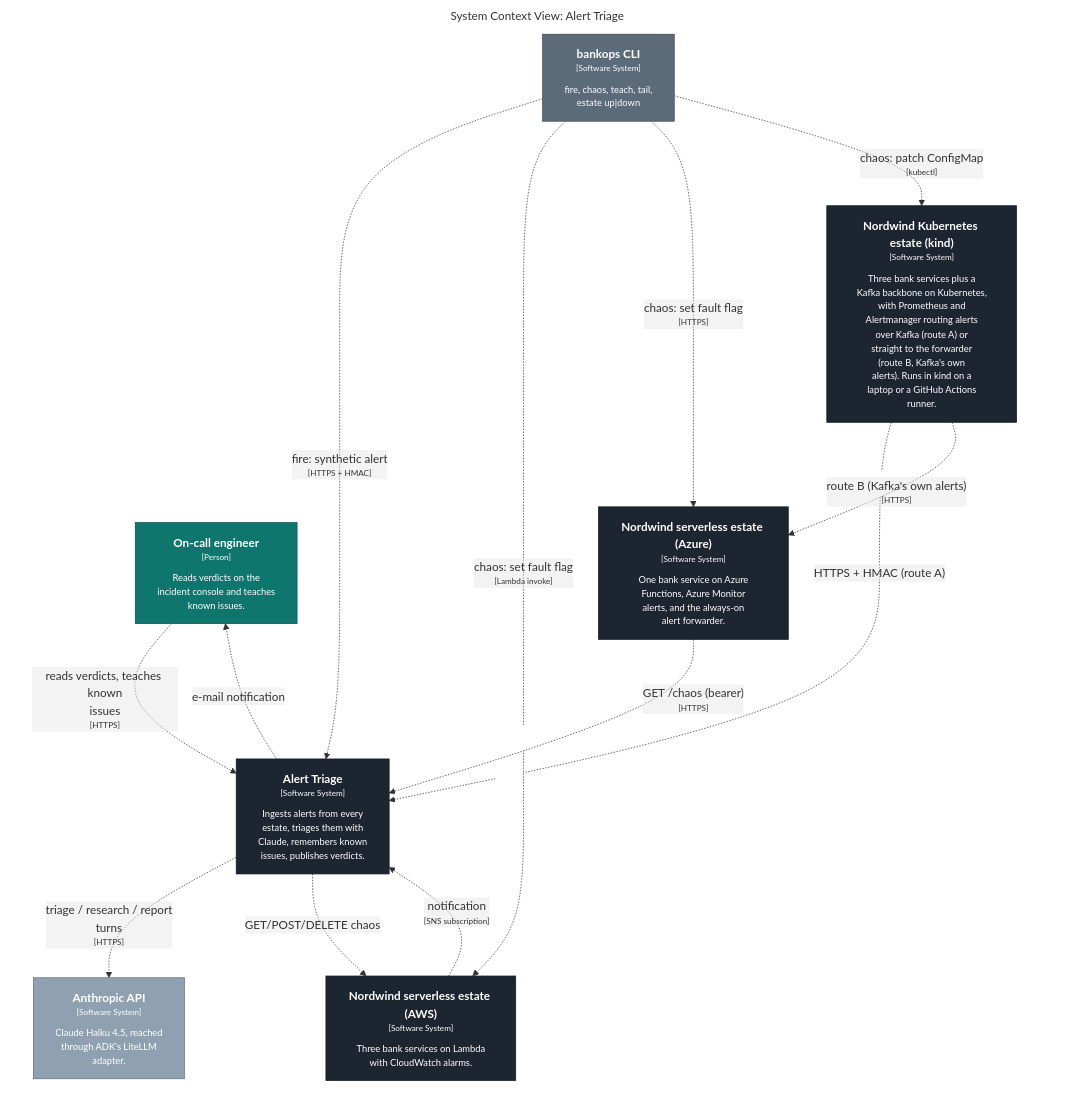
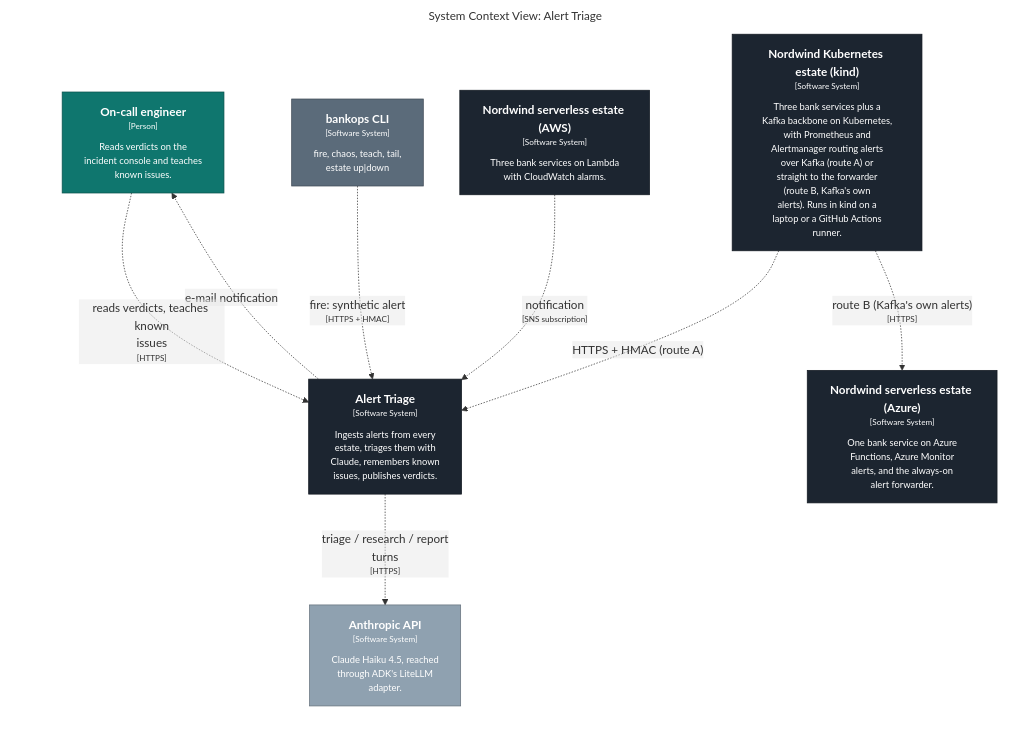
One commit to KucherenkoSerhiy/oncall-triage changed the first of 10 diagrams in docs/c4/generated/README.md. Above: the diagram before and after it, drawn with Mermaid. The commit also changed other lines of this file and 3 other files, not shown here.

````diff
--- a/docs/c4/generated/README.md
+++ b/docs/c4/generated/README.md
@@ -7,37 +9,32 @@
 ```mermaid
 graph LR
   linkStyle default fill:#ffffff
 
   subgraph diagram ["System Context View: Alert Triage"]
     style diagram fill:#ffffff,stroke:#ffffff
 
     1["<div style='font-weight: bold'>On-call engineer</div><div style='font-size: 70%; margin-top: 0px'>[Person]</div><div style='font-size: 80%; margin-top:10px'>Reads verdicts on the<br />incident console and teaches<br />known issues.</div>"]
     style 1 fill:#0f766e,stroke:#0a524d,color:#ffffff
     25["<div style='font-weight: bold'>Nordwind serverless estate (AWS)</div><div style='font-size: 70%; margin-top: 0px'>[Software System]</div><div style='font-size: 80%; margin-top:10px'>Three bank services on Lambda<br />with CloudWatch alarms.</div>"]
     style 25 fill:#1c2530,stroke:#131921,color:#ffffff
     3["<div style='font-weight: bold'>Anthropic API</div><div style='font-size: 70%; margin-top: 0px'>[Software System]</div><div style='font-size: 80%; margin-top:10px'>Claude Haiku 4.5, reached<br />through ADK's LiteLLM<br />adapter.</div>"]
     style 3 fill:#8fa1b0,stroke:#64707b,color:#ffffff
     32["<div style='font-weight: bold'>Nordwind serverless estate (Azure)</div><div style='font-size: 70%; margin-top: 0px'>[Software System]</div><div style='font-size: 80%; margin-top:10px'>One bank service on Azure<br />Functions, Azure Monitor<br />alerts, and the always-on<br />alert forwarder.</div>"]
     style 32 fill:#1c2530,stroke:#131921,color:#ffffff
     37["<div style='font-weight: bold'>Nordwind Kubernetes estate (kind)</div><div style='font-size: 70%; margin-top: 0px'>[Software System]</div><div style='font-size: 80%; margin-top:10px'>Three bank services plus a<br />Kafka backbone on Kubernetes,<br />with Prometheus and<br />Alertmanager routing alerts<br />over Kafka (route A) or<br />straight to the forwarder<br />(route B, Kafka's own<br />alerts). Runs in kind on a<br />laptop or a GitHub Actions<br />runner.</div>"]
     style 37 fill:#1c2530,stroke:#131921,color:#ffffff
     4["<div style='font-weight: bold'>bankops CLI</div><div style='font-size: 70%; margin-top: 0px'>[Software System]</div><div style='font-size: 80%; margin-top:10px'>fire, chaos, teach, tail,<br />estate up|down</div>"]
     style 4 fill:#5b6b7a,stroke:#3f4a55,color:#ffffff
     5["<div style='font-weight: bold'>Alert Triage</div><div style='font-size: 70%; margin-top: 0px'>[Software System]</div><div style='font-size: 80%; margin-top:10px'>Ingests alerts from every<br />estate, triages them with<br />Claude, remembers known<br />issues, publishes verdicts.</div>"]
     style 5 fill:#1c2530,stroke:#131921,color:#ffffff
 
     37-. "<div>HTTPS + HMAC (route A)</div><div style='font-size: 70%'></div>" .->5
     37-. "<div>route B (Kafka's own alerts)</div><div style='font-size: 70%'>[HTTPS]</div>" .->32
     5-. "<div>triage / research / report<br />turns</div><div style='font-size: 70%'>[HTTPS]</div>" .->3
     5-. "<div>e-mail notification</div><div style='font-size: 70%'></div>" .->1
     1-. "<div>reads verdicts, teaches known<br />issues</div><div style='font-size: 70%'>[HTTPS]</div>" .->5
     4-. "<div>fire: synthetic alert</div><div style='font-size: 70%'>[HTTPS + HMAC]</div>" .->5
-    4-. "<div>chaos: set fault flag</div><div style='font-size: 70%'>[Lambda invoke]</div>" .->25
-    4-. "<div>chaos: set fault flag</div><div style='font-size: 70%'>[HTTPS]</div>" .->32
-    4-. "<div>chaos: patch ConfigMap</div><div style='font-size: 70%'>[kubectl]</div>" .->37
     25-. "<div>notification</div><div style='font-size: 70%'>[SNS subscription]</div>" .->5
-    5-. "<div>GET/POST/DELETE chaos</div><div style='font-size: 70%'></div>" .->25
-    32-. "<div>GET /chaos (bearer)</div><div style='font-size: 70%'>[HTTPS]</div>" .->5
 
   end
 ```
````
